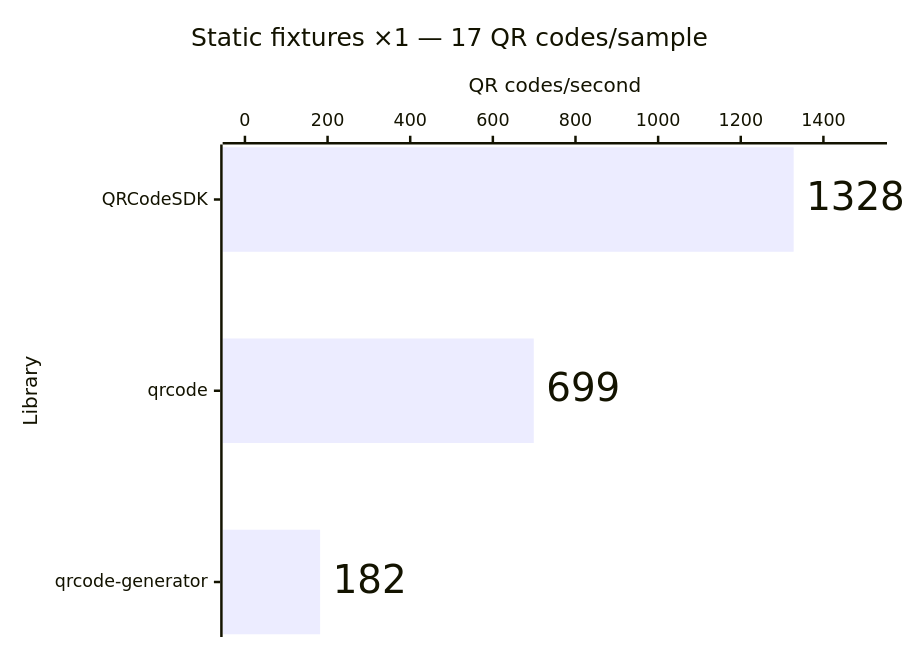
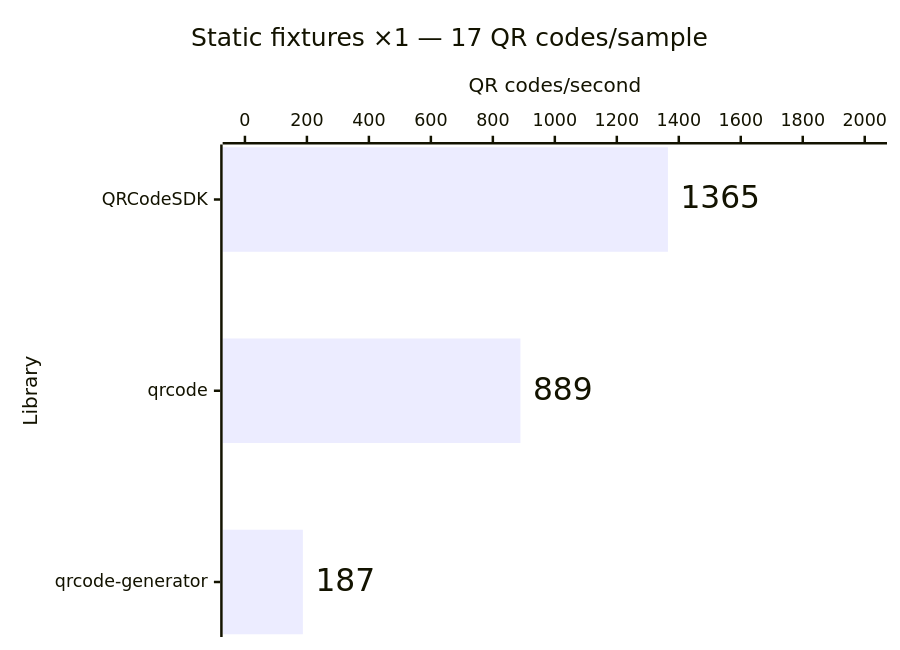
Before and after one commit to Dafnik/qrcodesdk: the fifth of 14 diagrams in apps/docs/src/content/docs/learn/performance.md, drawn with Mermaid. The commit also changed other lines of this file and 381 other files, not shown here.

````diff
--- a/apps/docs/src/content/docs/learn/performance.md
+++ b/apps/docs/src/content/docs/learn/performance.md
@@ -115,15 +115,15 @@
 ```mermaid
 ---
 config:
   xyChart:
     showDataLabel: true
     showDataLabelOutsideBar: true
 ---
 xychart horizontal
   accTitle: Automatic matrix generation: Static fixtures ×1 — 17 QR codes/sample
-  accDescr: Throughput calculated from median time. QRCodeSDK 1,328 QR codes per second, qrcode 699 QR codes per second, qrcode-generator 182 QR codes per second. Higher is better.
+  accDescr: Throughput calculated from median time. QRCodeSDK 1,365 QR codes per second, qrcode 889 QR codes per second, qrcode-generator 187 QR codes per second. Higher is better.
   title "Static fixtures ×1 — 17 QR codes/sample"
   x-axis "Library" ["QRCodeSDK", "qrcode", "qrcode-generator"]
-  y-axis "QR codes/second" 0 --> 1500
-  bar [1328, 699, 182]
+  y-axis "QR codes/second" 0 --> 2000
+  bar [1365, 889, 187]
 ```
````
